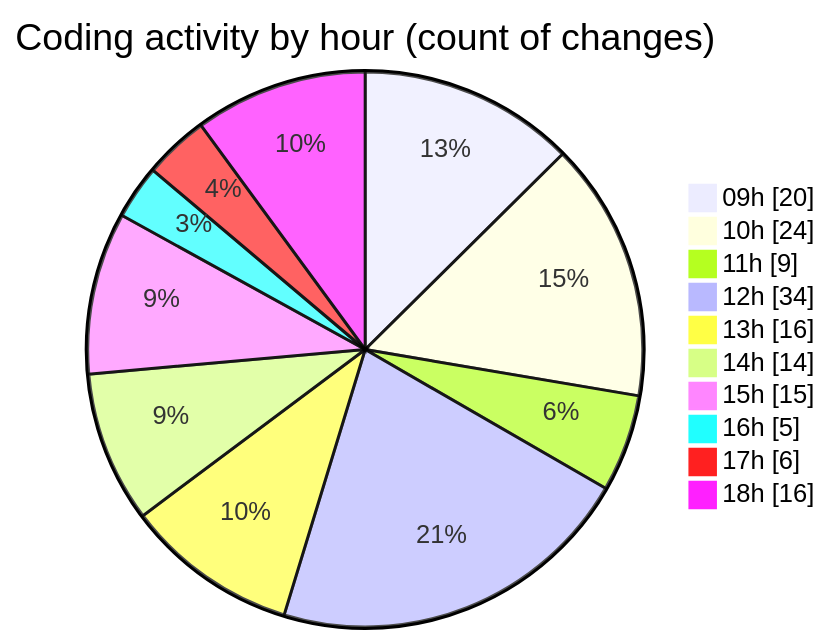
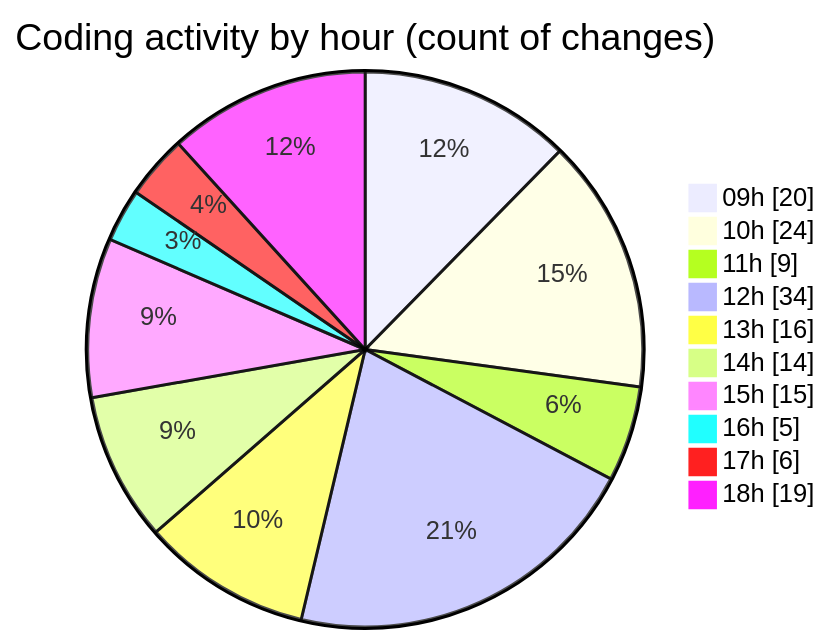
The second of 2 diagrams in 2025-05-19/cda/README.md (momahboobian/code-tracking), drawn with Mermaid before and after one commit. The commit also changed other lines of this file and 1 other file, not shown here.

````diff
--- a/2025-05-19/cda/README.md
+++ b/2025-05-19/cda/README.md
@@ -60,14 +60,14 @@
 ```mermaid
 pie showData
 title Coding activity by hour (count of changes)
 "09h" : 20
 "10h" : 24
 "11h" : 9
 "12h" : 34
 "13h" : 16
 "14h" : 14
 "15h" : 15
 "16h" : 5
 "17h" : 6
-"18h" : 16
+"18h" : 19
 ```
````
